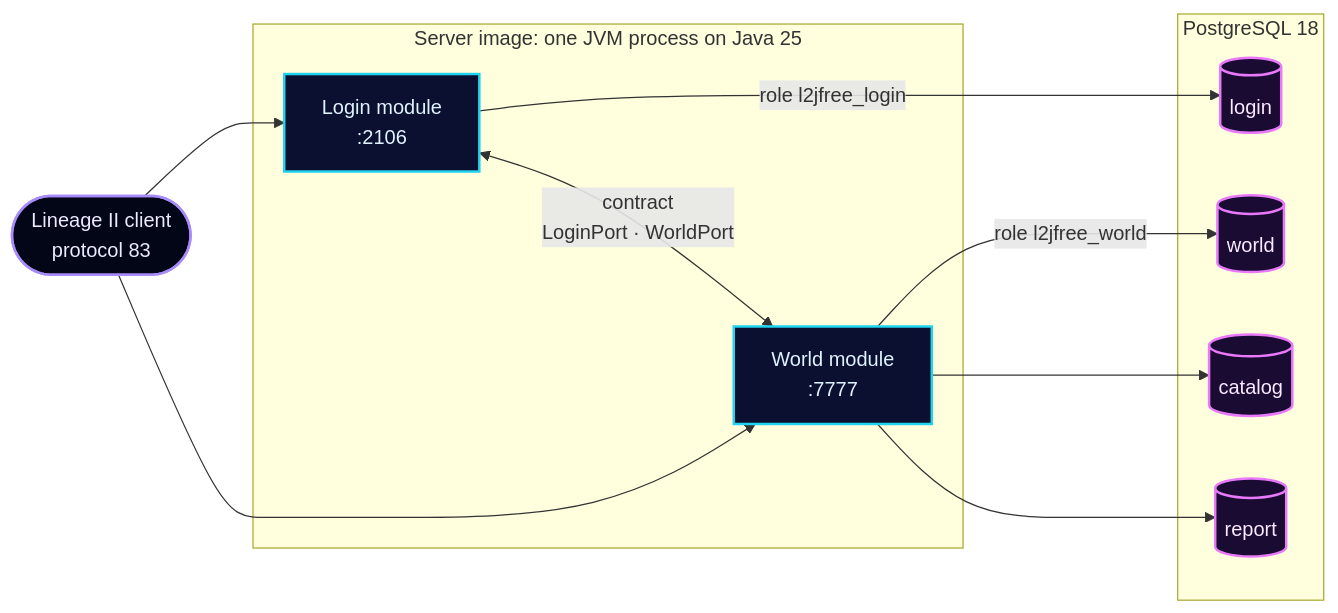
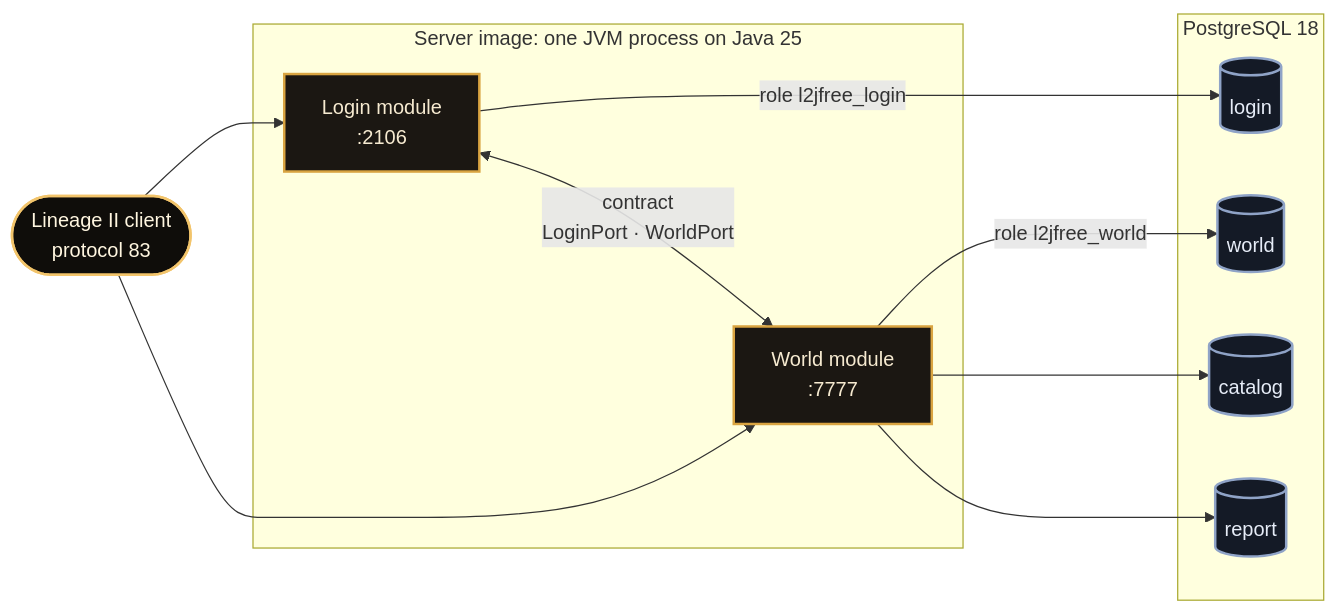
One commit to l2go/alatyr changed the diagram in README.md. Above: the diagram before and after it, drawn with Mermaid. The commit also changed other lines of this file and 2 other files, not shown here.

````diff
--- a/README.md
+++ b/README.md
@@ -38,31 +38,31 @@
 ```mermaid
 flowchart LR
     client(["Lineage II client<br/>protocol 83"])
 
     subgraph proc["Server image: one JVM process on Java 25"]
         login["Login module<br/>:2106"]
         world["World module<br/>:7777"]
         login <-->|"contract<br/>LoginPort · WorldPort"| world
     end
 
     subgraph pg["PostgreSQL 18"]
         sl[("login")]
         sw[("world")]
         sc[("catalog")]
         sr[("report")]
     end
 
     client --> login
     client --> world
     login -->|"role l2jfree_login"| sl
     world -->|"role l2jfree_world"| sw
     world --> sc
     world --> sr
 
-    classDef srv fill:#0b1030,stroke:#22d3ee,stroke-width:2px,color:#e0f2fe
-    classDef db fill:#1a0b33,stroke:#e879f9,stroke-width:2px,color:#fae8ff
-    classDef ext fill:#020617,stroke:#a78bfa,stroke-width:2px,color:#ede9fe
+    classDef srv fill:#1b1712,stroke:#d9a441,stroke-width:2px,color:#f6ead0
+    classDef db fill:#141a26,stroke:#8fa3c7,stroke-width:2px,color:#e6ecf7
+    classDef ext fill:#0f0d0a,stroke:#f2c46b,stroke-width:2px,color:#fff6e0
     class login,world srv
     class sl,sw,sc,sr db
     class client ext
 ```
````
